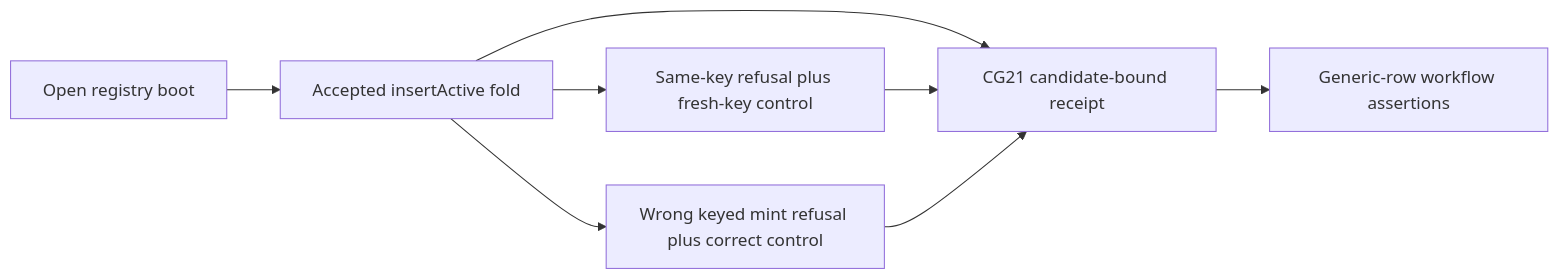
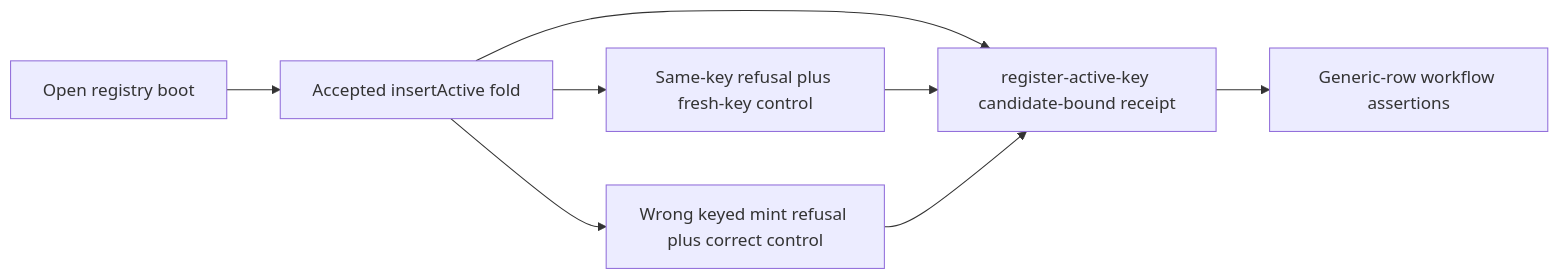
The diagram in specs/184-insert-active-conformance/spec.md (lambdasistemi/singular), drawn with Mermaid before and after one commit. The commit also changed other lines of this file and 497 other files, not shown here.

````diff
--- a/specs/184-insert-active-conformance/spec.md
+++ b/specs/184-insert-active-conformance/spec.md
@@ -18,10 +18,10 @@
 ```mermaid
 flowchart LR
   Boot[Open registry boot] --> Fold[Accepted insertActive fold]
-  Fold --> Receipt[CG21 candidate-bound receipt]
+  Fold --> Receipt[register-active-key candidate-bound receipt]
   Fold --> Duplicate[Same-key refusal plus fresh-key control]
   Fold --> Mint[Wrong keyed mint refusal plus correct control]
   Duplicate --> Receipt
   Mint --> Receipt
   Receipt --> CI[Generic-row workflow assertions]
 ```
````
